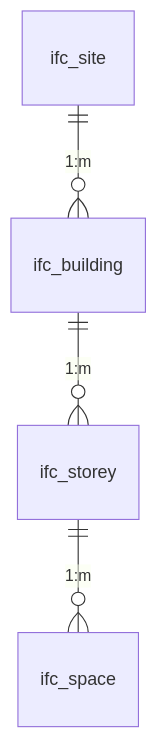
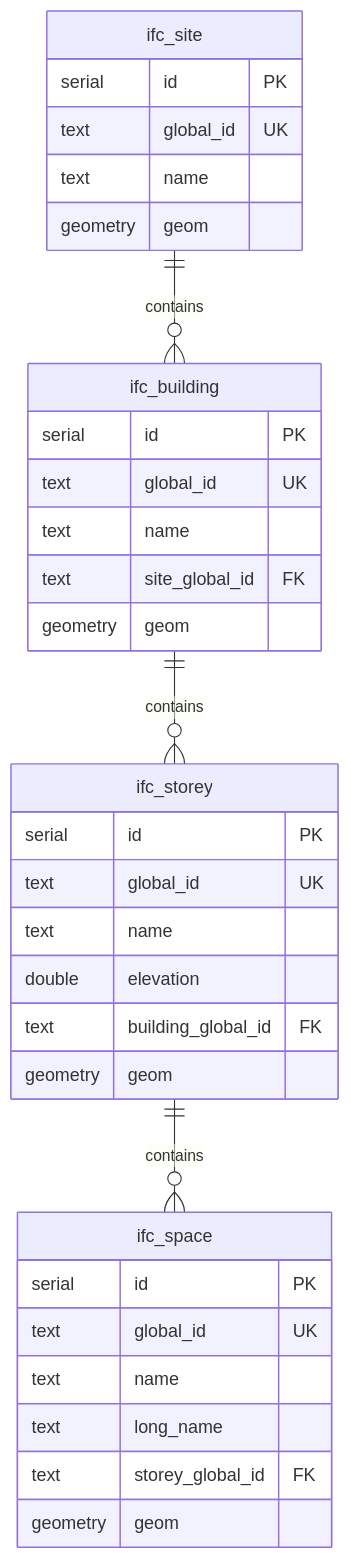
The second of 2 diagrams in README.md (Daniell22-dot/Ifc2postGIS), drawn with Mermaid before and after one commit. The commit also changed other lines of this file, not shown here.

Commit message:
docs: explain project and repair README Mermaid diagram

````diff
--- a/README.md
+++ b/README.md
@@ -5,10 +39,36 @@
 ```mermaid
 erDiagram
-    ifc_site
-    ifc_building
-    ifc_storey
-    ifc_space
-    ifc_site ||--o{ ifc_building : "1:m"
-    ifc_building ||--o{ ifc_storey : "1:m"
-    ifc_storey ||--o{ ifc_space : "1:m"
+    ifc_site {
+        serial id PK
+        text global_id UK
+        text name
+        geometry geom
+    }
+    ifc_building {
+        serial id PK
+        text global_id UK
+        text name
+        text site_global_id FK
+        geometry geom
+    }
+    ifc_storey {
+        serial id PK
+        text global_id UK
+        text name
+        double elevation
+        text building_global_id FK
+        geometry geom
+    }
+    ifc_space {
+        serial id PK
+        text global_id UK
+        text name
+        text long_name
+        text storey_global_id FK
+        geometry geom
+    }
+
+    ifc_site ||--o{ ifc_building : "contains"
+    ifc_building ||--o{ ifc_storey : "contains"
+    ifc_storey ||--o{ ifc_space : "contains"
 ```
````
